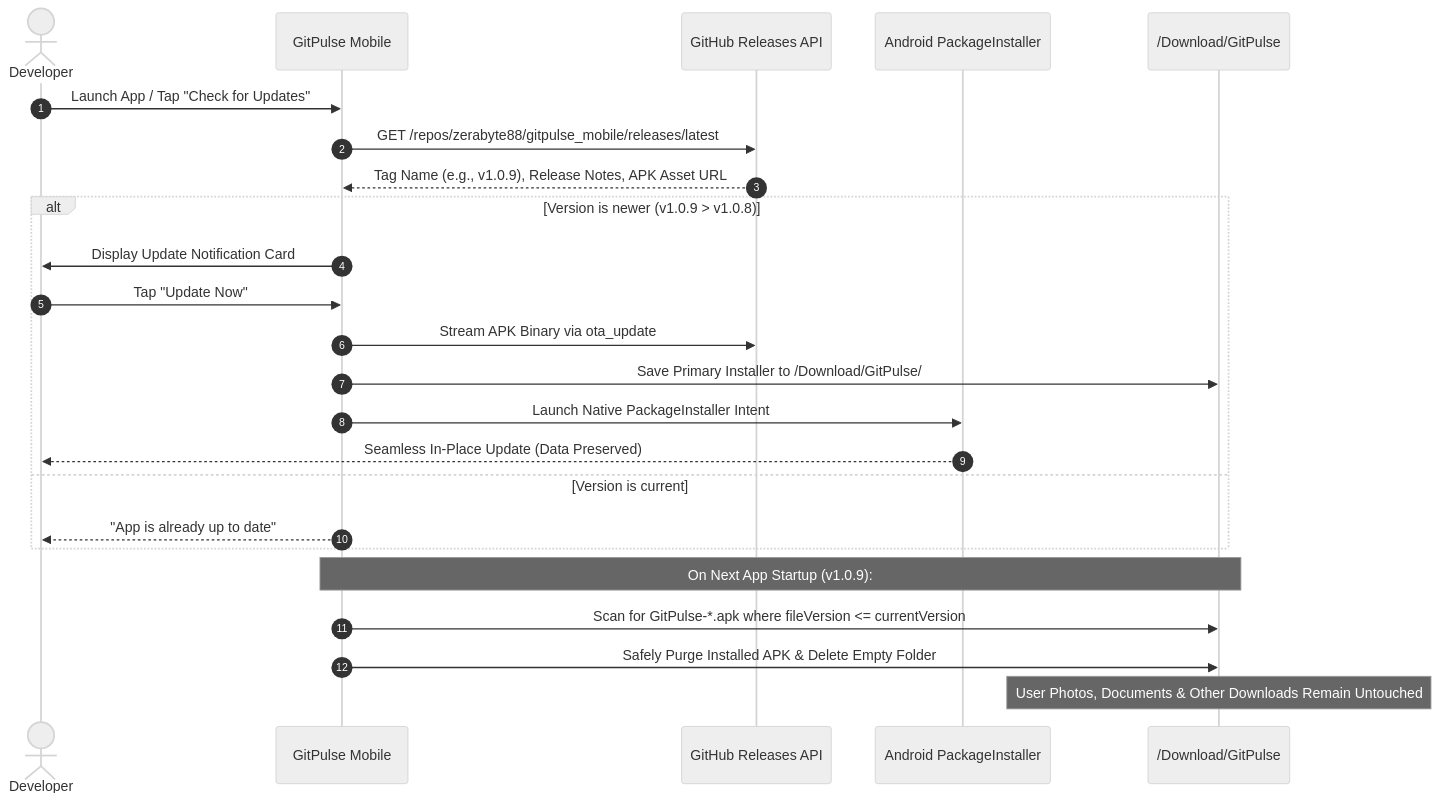
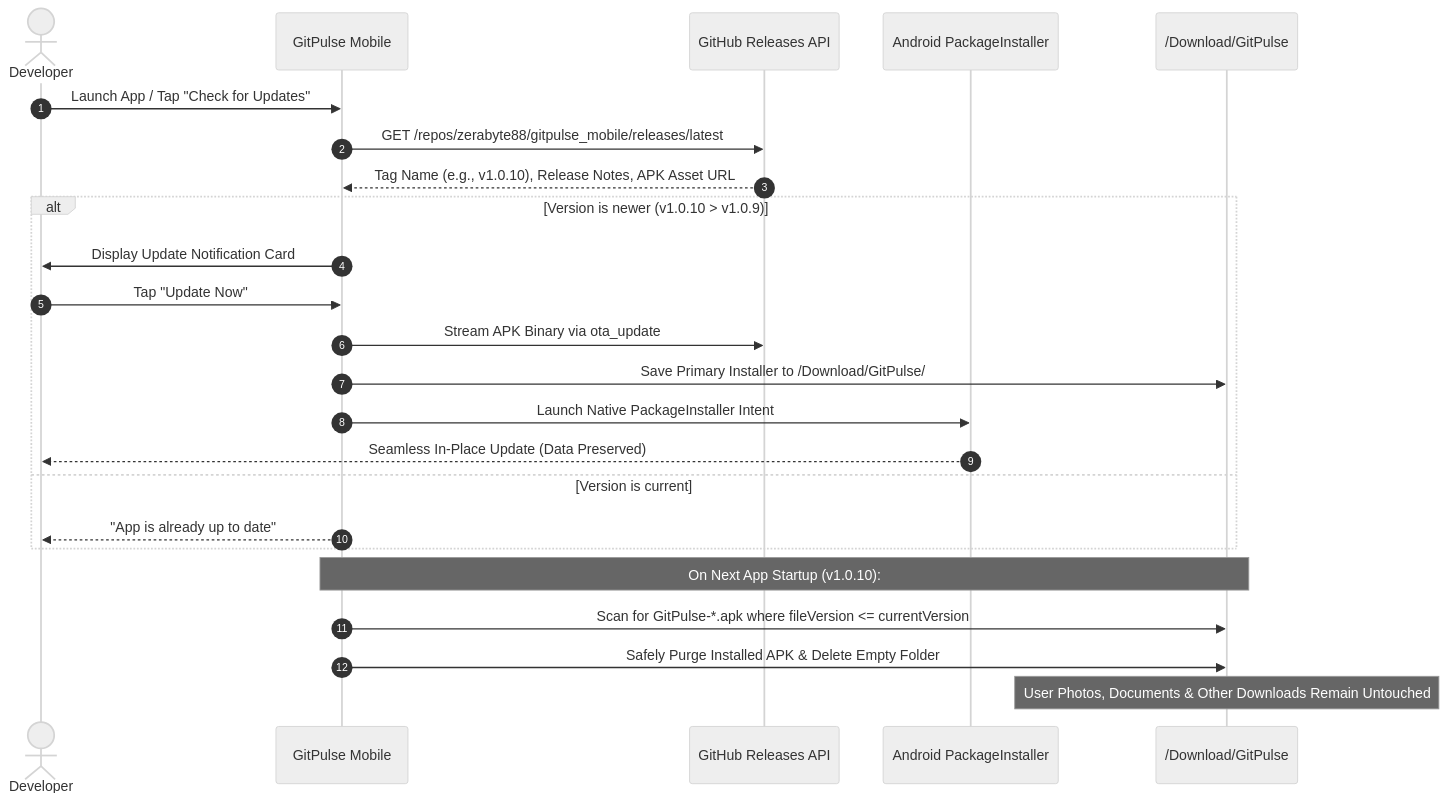
Before and after one commit to zerabyte88/gitpulse_mobile: the first of 2 diagrams in README.md, drawn with Mermaid (neutral theme). The commit also changed other lines of this file and 18 other files, not shown here.

````diff
--- a/README.md
+++ b/README.md
@@ -136,27 +136,27 @@
 ```mermaid
 sequenceDiagram
     autonumber
     actor User as Developer
     participant App as GitPulse Mobile
     participant GitHub as GitHub Releases API
     participant Installer as Android PackageInstaller
     participant Storage as /Download/GitPulse
 
     User->>App: Launch App / Tap "Check for Updates"
     App->>GitHub: GET /repos/zerabyte88/gitpulse_mobile/releases/latest
-    GitHub-->>App: Tag Name (e.g., v1.0.9), Release Notes, APK Asset URL
-    alt Version is newer (v1.0.9 > v1.0.8)
+    GitHub-->>App: Tag Name (e.g., v1.0.10), Release Notes, APK Asset URL
+    alt Version is newer (v1.0.10 > v1.0.9)
         App->>User: Display Update Notification Card
         User->>App: Tap "Update Now"
         App->>GitHub: Stream APK Binary via ota_update
         App->>Storage: Save Primary Installer to /Download/GitPulse/
         App->>Installer: Launch Native PackageInstaller Intent
         Installer-->>User: Seamless In-Place Update (Data Preserved)
     else Version is current
         App-->>User: "App is already up to date"
     end
-    Note over App,Storage: On Next App Startup (v1.0.9):
+    Note over App,Storage: On Next App Startup (v1.0.10):
     App->>Storage: Scan for GitPulse-*.apk where fileVersion <= currentVersion
     App->>Storage: Safely Purge Installed APK & Delete Empty Folder
     Note over Storage: User Photos, Documents & Other Downloads Remain Untouched
 ```
````
